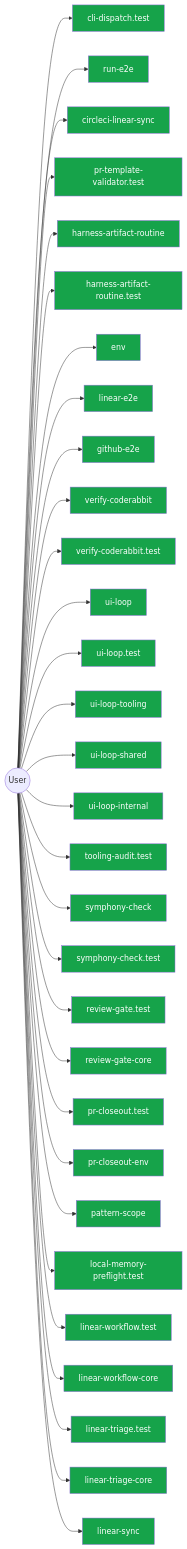
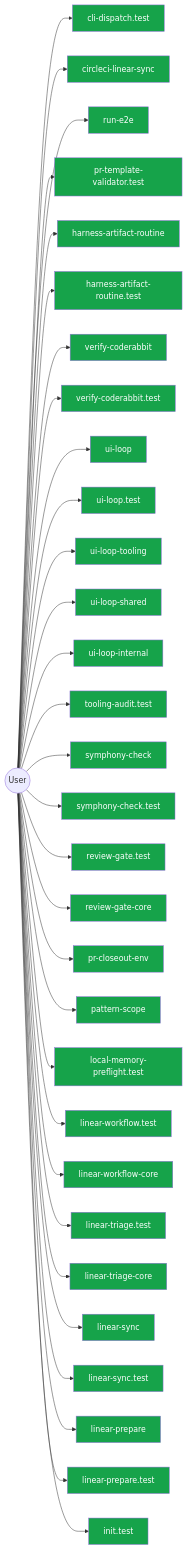
One commit to jscraik/coding-harness changed diagram 14 of 14 in AI/context/diagram-context.md. Above: the diagram before and after it, drawn with Mermaid. The commit also changed other lines of this file and 200 other files, not shown here.

````diff
--- a/AI/context/diagram-context.md
+++ b/AI/context/diagram-context.md
@@ -2045,67 +2215,67 @@
 ```mermaid
 flowchart LR
   User(("User"))
   cli_dispatch_test_54c9f17b["cli-dispatch.test"]
   User --> cli_dispatch_test_54c9f17b
+  circleci_linear_sync_19c0d6da["circleci-linear-sync"]
+  User --> circleci_linear_sync_19c0d6da
   run_e2e_39efe696["run-e2e"]
   User --> run_e2e_39efe696
-  circleci_linear_sync_19c0d6da["circleci-linear-sync"]
-  User --> circleci_linear_sync_19c0d6da
   pr_template_validator_test_569b1cef["pr-template-validator.test"]
   User --> pr_template_validator_test_569b1cef
   harness_artifact_routine_17afacff["harness-artifact-routine"]
   User --> harness_artifact_routine_17afacff
   harness_artifact_routine_test_299f387d["harness-artifact-routine.test"]
   User --> harness_artifact_routine_test_299f387d
-  env_b77349bf["env"]
-  User --> env_b77349bf
-  linear_e2e_decf3708["linear-e2e"]
-  User --> linear_e2e_decf3708
-  github_e2e_2891a341["github-e2e"]
-  User --> github_e2e_2891a341
   verify_coderabbit_490b4e71["verify-coderabbit"]
   User --> verify_coderabbit_490b4e71
   verify_coderabbit_test_46cfcf29["verify-coderabbit.test"]
   User --> verify_coderabbit_test_46cfcf29
   ui_loop_11660889["ui-loop"]
   User --> ui_loop_11660889
   ui_loop_test_f0eabc42["ui-loop.test"]
   User --> ui_loop_test_f0eabc42
   ui_loop_tooling_12b2d2c7["ui-loop-tooling"]
   User --> ui_loop_tooling_12b2d2c7
   ui_loop_shared_8c83b841["ui-loop-shared"]
   User --> ui_loop_shared_8c83b841
   ui_loop_internal_f2eb8892["ui-loop-internal"]
   User --> ui_loop_internal_f2eb8892
   tooling_audit_test_d2aee28c["tooling-audit.test"]
   User --> tooling_audit_test_d2aee28c
   symphony_check_e97f2ea0["symphony-check"]
   User --> symphony_check_e97f2ea0
   symphony_check_test_6cb33eb2["symphony-check.test"]
   User --> symphony_check_test_6cb33eb2
   review_gate_test_000e2ed6["review-gate.test"]
   User --> review_gate_test_000e2ed6
   review_gate_core_4c8001f9["review-gate-core"]
   User --> review_gate_core_4c8001f9
-  pr_closeout_test_1_be1a0df1["pr-closeout.test"]
-  User --> pr_closeout_test_1_be1a0df1
   pr_closeout_env_9bfcd9ef["pr-closeout-env"]
   User --> pr_closeout_env_9bfcd9ef
   pattern_scope_61ff946d["pattern-scope"]
   User --> pattern_scope_61ff946d
   local_memory_preflight_test_5e323bbf["local-memory-preflight.test"]
   User --> local_memory_preflight_test_5e323bbf
   linear_workflow_test_a351dcb0["linear-workflow.test"]
   User --> linear_workflow_test_a351dcb0
   linear_workflow_core_0e19cff4["linear-workflow-core"]
   User --> linear_workflow_core_0e19cff4
   linear_triage_test_1b75a8b8["linear-triage.test"]
   User --> linear_triage_test_1b75a8b8
   linear_triage_core_7cbca73e["linear-triage-core"]
   User --> linear_triage_core_7cbca73e
   linear_sync_a2fa2bf7["linear-sync"]
   User --> linear_sync_a2fa2bf7
+  linear_sync_test_da1e1eab["linear-sync.test"]
+  User --> linear_sync_test_da1e1eab
+  linear_prepare_0c613ba6["linear-prepare"]
+  User --> linear_prepare_0c613ba6
+  linear_prepare_test_678f11a9["linear-prepare.test"]
+  User --> linear_prepare_test_678f11a9
+  init_test_cbba76a6["init.test"]
+  User --> init_test_cbba76a6
   classDef userNode fill:#16a34a,color:#fff
-  class cli_dispatch_test_54c9f17b,run_e2e_39efe696,circleci_linear_sync_19c0d6da,pr_template_validator_test_569b1cef,harness_artifact_routine_17afacff,harness_artifact_routine_test_299f387d,env_b77349bf,linear_e2e_decf3708,github_e2e_2891a341,verify_coderabbit_490b4e71,verify_coderabbit_test_46cfcf29,ui_loop_11660889,ui_loop_test_f0eabc42,ui_loop_tooling_12b2d2c7,ui_loop_shared_8c83b841,ui_loop_internal_f2eb8892,tooling_audit_test_d2aee28c,symphony_check_e97f2ea0,symphony_check_test_6cb33eb2,review_gate_test_000e2ed6,review_gate_core_4c8001f9,pr_closeout_test_1_be1a0df1,pr_closeout_env_9bfcd9ef,pattern_scope_61ff946d,local_memory_preflight_test_5e323bbf,linear_workflow_test_a351dcb0,linear_workflow_core_0e19cff4,linear_triage_test_1b75a8b8,linear_triage_core_7cbca73e,linear_sync_a2fa2bf7 userNode
+  class cli_dispatch_test_54c9f17b,circleci_linear_sync_19c0d6da,run_e2e_39efe696,pr_template_validator_test_569b1cef,harness_artifact_routine_17afacff,harness_artifact_routine_test_299f387d,verify_coderabbit_490b4e71,verify_coderabbit_test_46cfcf29,ui_loop_11660889,ui_loop_test_f0eabc42,ui_loop_tooling_12b2d2c7,ui_loop_shared_8c83b841,ui_loop_internal_f2eb8892,tooling_audit_test_d2aee28c,symphony_check_e97f2ea0,symphony_check_test_6cb33eb2,review_gate_test_000e2ed6,review_gate_core_4c8001f9,pr_closeout_env_9bfcd9ef,pattern_scope_61ff946d,local_memory_preflight_test_5e323bbf,linear_workflow_test_a351dcb0,linear_workflow_core_0e19cff4,linear_triage_test_1b75a8b8,linear_triage_core_7cbca73e,linear_sync_a2fa2bf7,linear_sync_test_da1e1eab,linear_prepare_0c613ba6,linear_prepare_test_678f11a9,init_test_cbba76a6 userNode
 
 ```
````
